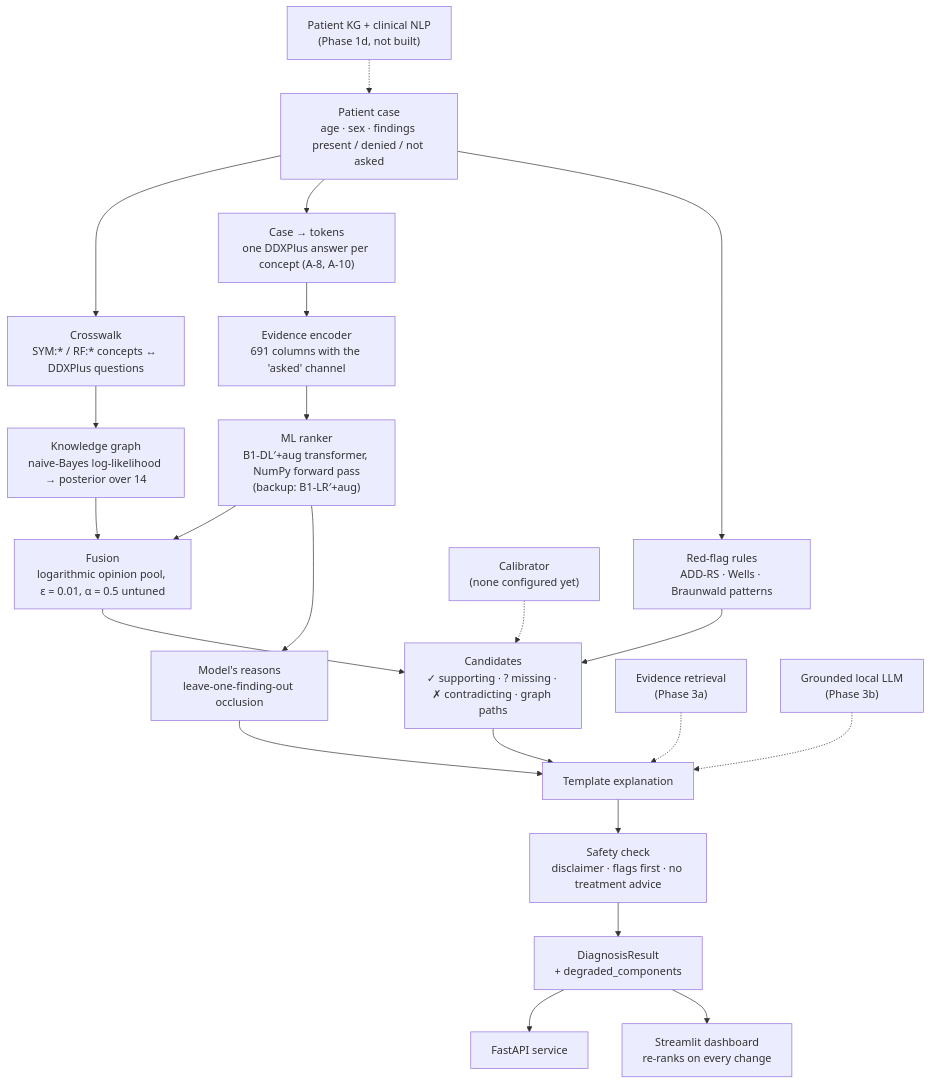
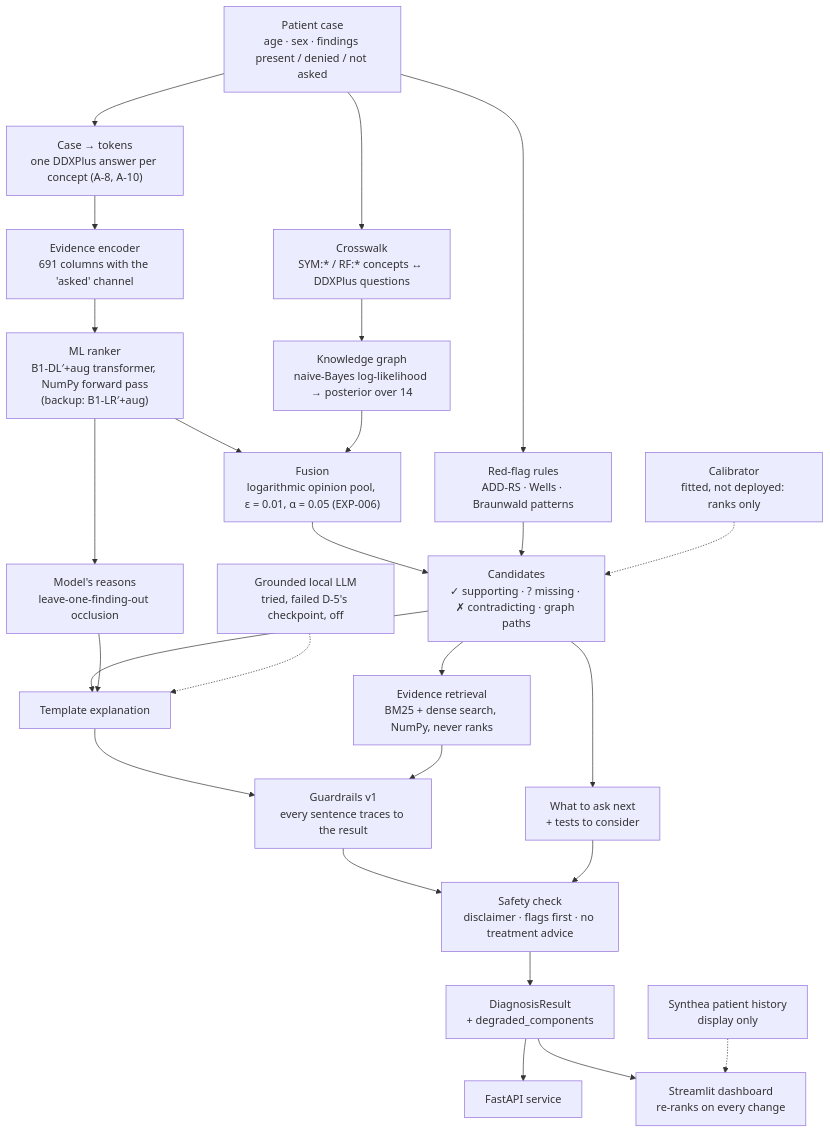
One commit to HarshRohila02/nightingale changed the diagram in docs/report/04-system.md. Above: the diagram before and after it, drawn with Mermaid. The commit also changed other lines of this file and 20 other files, not shown here.

````diff
--- a/docs/report/04-system.md
+++ b/docs/report/04-system.md
@@ -30,25 +36,29 @@
 ```mermaid
 flowchart TD
     CASE["Patient case<br/>age · sex · findings present / denied / not asked"]
     CASE --> XW["Crosswalk<br/>SYM:* / RF:* concepts ↔ DDXPlus questions"]
     CASE --> TOK["Case → tokens<br/>one DDXPlus answer per concept (A-8, A-10)"]
     XW --> KG["Knowledge graph<br/>naive-Bayes log-likelihood → posterior over 14"]
     TOK --> ENC["Evidence encoder<br/>691 columns with the 'asked' channel"]
     ENC --> ML["ML ranker<br/>B1-DL′+aug transformer, NumPy forward pass<br/>(backup: B1-LR′+aug)"]
-    ML --> FUSE["Fusion<br/>logarithmic opinion pool, ε = 0.01, α = 0.5 untuned"]
+    ML --> FUSE["Fusion<br/>logarithmic opinion pool, ε = 0.01, α = 0.05 (EXP-006)"]
     KG --> FUSE
     CASE --> RF["Red-flag rules<br/>ADD-RS · Wells · Braunwald patterns"]
     FUSE --> CAND["Candidates<br/>✓ supporting · ? missing · ✗ contradicting · graph paths"]
     RF --> CAND
     ML --> WHY["Model's reasons<br/>leave-one-finding-out occlusion"]
+    CAND --> RAG["Evidence retrieval<br/>BM25 + dense search, NumPy, never ranks"]
+    CAND --> NEXT["What to ask next<br/>+ tests to consider"]
     CAND --> EXPL["Template explanation"]
     WHY --> EXPL
-    EXPL --> SAFE["Safety check<br/>disclaimer · flags first · no treatment advice"]
+    EXPL --> GUARD["Guardrails v1<br/>every sentence traces to the result"]
+    RAG --> GUARD
+    GUARD --> SAFE["Safety check<br/>disclaimer · flags first · no treatment advice"]
+    NEXT --> SAFE
     SAFE --> OUT["DiagnosisResult<br/>+ degraded_components"]
     OUT --> API["FastAPI service"]
     OUT --> UI["Streamlit dashboard<br/>re-ranks on every change"]
-    CAL["Calibrator<br/>(none configured yet)"] -.-> CAND
-    RAG["Evidence retrieval<br/>(Phase 3a)"] -.-> EXPL
-    LLM["Grounded local LLM<br/>(Phase 3b)"] -.-> EXPL
-    PKG["Patient KG + clinical NLP<br/>(Phase 1d, not built)"] -.-> CASE
+    CAL["Calibrator<br/>fitted, not deployed: ranks only"] -.-> CAND
+    LLM["Grounded local LLM<br/>tried, failed D-5's checkpoint, off"] -.-> EXPL
+    PKG["Synthea patient history<br/>display only"] -.-> UI
 ```
````
